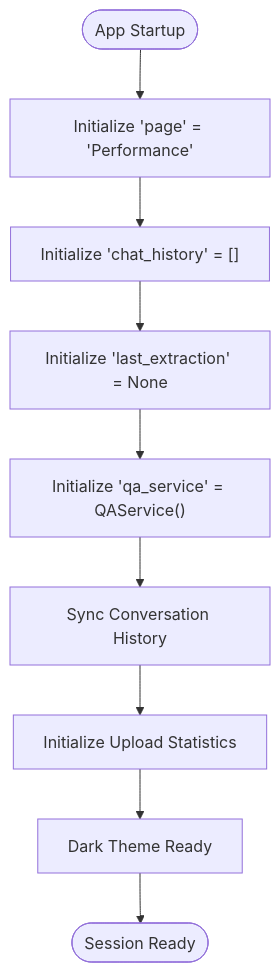
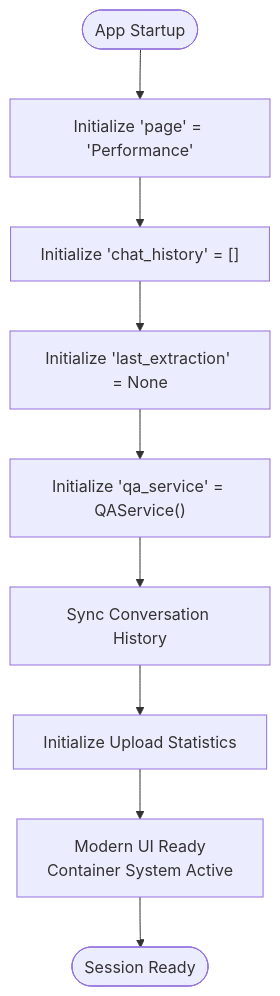
Before and after one commit to Johnny22056/SwimingStatus: the seventh of 14 diagrams in .qoder/repowiki/en/content/Core Components/Application Controller.md, drawn with Mermaid. The commit also changed other lines of this file and 5 other files, not shown here.

First line of the commit message:
feat: add Dark/Light theme toggle with centralized palette

````diff
--- a/.qoder/repowiki/en/content/Core Components/Application Controller.md
+++ b/.qoder/repowiki/en/content/Core Components/Application Controller.md
@@ -248,11 +315,11 @@
 ```mermaid
 flowchart TD
 Start([App Startup]) --> InitPage["Initialize 'page' = 'Performance'"]
 InitPage --> InitChat["Initialize 'chat_history' = []"]
 InitChat --> InitLast["Initialize 'last_extraction' = None"]
 InitLast --> InitQA["Initialize 'qa_service' = QAService()"]
 InitQA --> SyncHistory["Sync Conversation History"]
 SyncHistory --> InitStats["Initialize Upload Statistics"]
-InitStats --> DarkThemeReady["Dark Theme Ready"]
-DarkThemeReady --> End([Session Ready])
+InitStats --> ModernUIReady["Modern UI Ready<br/>Container System Active"]
+ModernUIReady --> End([Session Ready])
 ```
````
